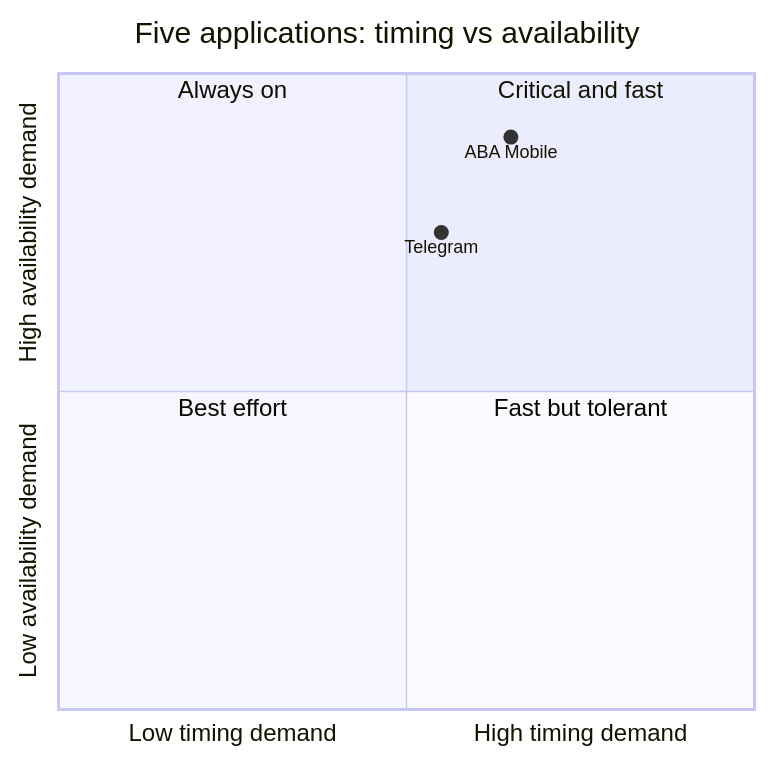
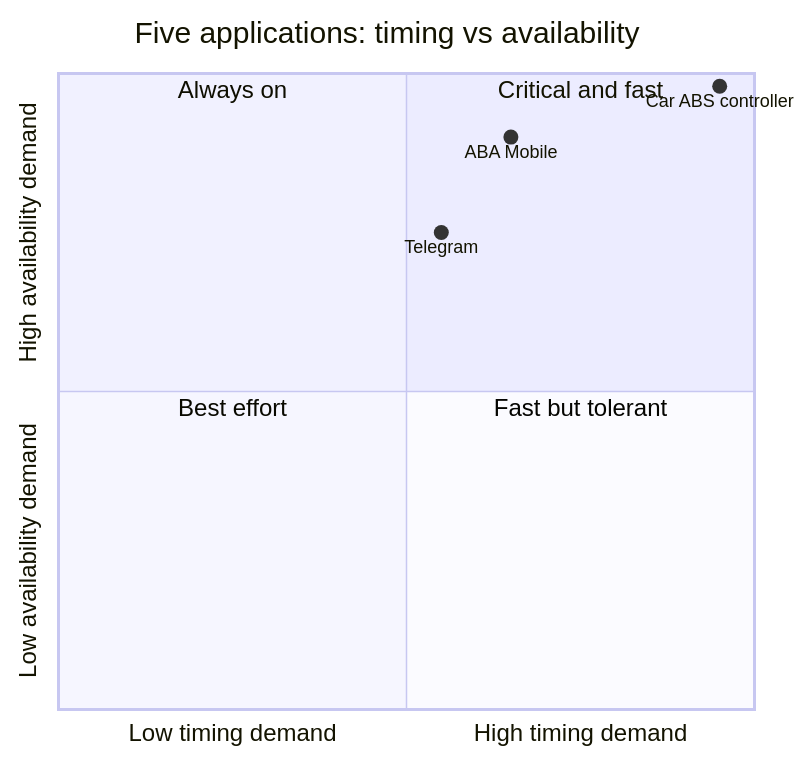
One commit to KageKishi/clubhub-ISE-4G changed the diagram in lab02/app-quadrant.mmd. Above: the diagram before and after it, drawn with Mermaid. The commit also changed 1 other file, not shown here.

Commit message:
Lor Hengleap Car ABS Controller

```diff
--- a/lab02/app-quadrant.mmd
+++ b/lab02/app-quadrant.mmd
@@ -1,10 +1,11 @@
 quadrantChart
     title Five applications: timing vs availability
     x-axis Low timing demand --> High timing demand
     y-axis Low availability demand --> High availability demand
     quadrant-1 Critical and fast
     quadrant-2 Always on
     quadrant-3 Best effort
     quadrant-4 Fast but tolerant
     ABA Mobile: [0.65, 0.90]
     Telegram: [0.55, 0.75]
+    Car ABS controller: [0.95, 0.98]
```
